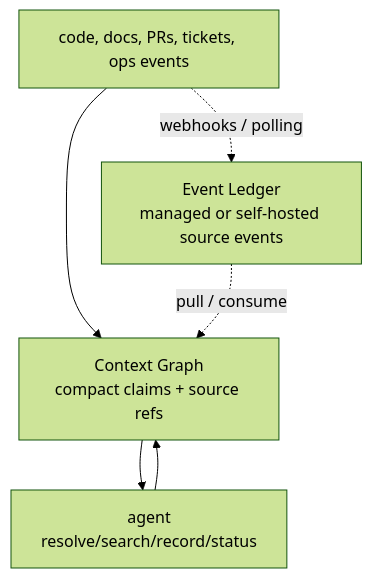
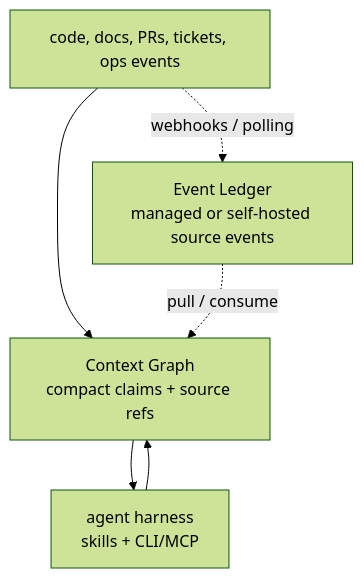
Before and after one commit to potpie-ai/potpie: the first of 2 diagrams in docs/context-graph/vision.md, drawn with Mermaid (forest theme). The commit also changed other lines of this file and 256 other files, not shown here.

Commit message:
feat: graph updates

````diff
--- a/docs/context-graph/vision.md
+++ b/docs/context-graph/vision.md
@@ -23,13 +23,13 @@
 ```mermaid
 flowchart TB
   cg_sources["code, docs, PRs, tickets, ops events"]
   cg_ledger["Event Ledger<br/>managed or self-hosted source events"]
   cg_context_graph["Context Graph<br/>compact claims + source refs"]
-  cg_agent["agent<br/>resolve/search/record/status"]
+  cg_agent["agent harness<br/>skills + CLI/MCP"]
 
   cg_sources --> cg_context_graph
   cg_sources -. "webhooks / polling" .-> cg_ledger
   cg_ledger -. "pull / consume" .-> cg_context_graph
   cg_agent --> cg_context_graph
   cg_context_graph --> cg_agent
 ```
````
